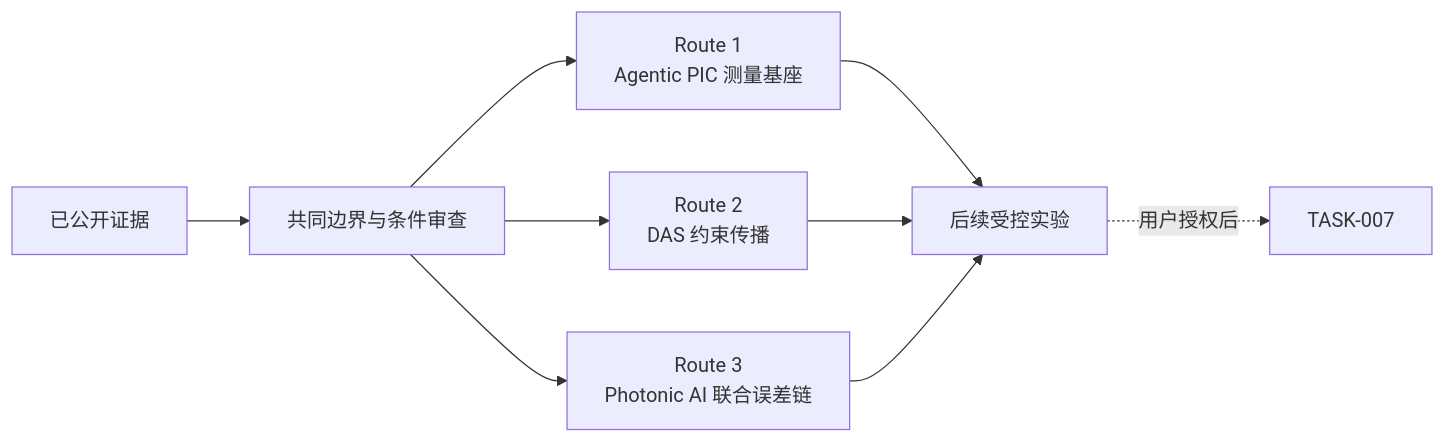
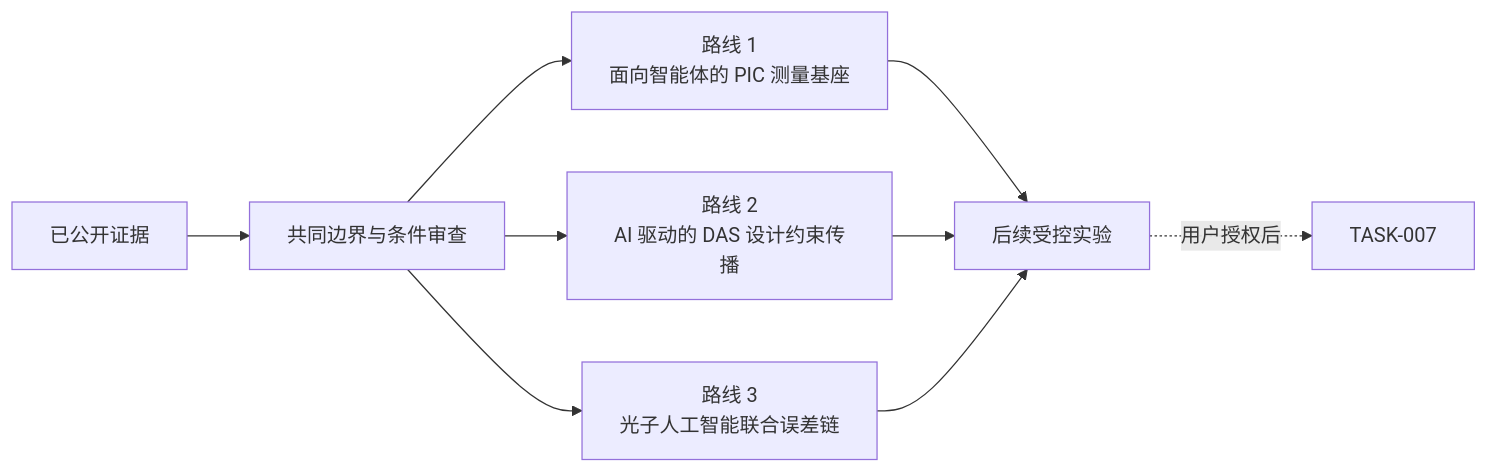
One commit to LlewynDavis/PIC_Harness_Research changed the diagram in portal/docs/index.md. Above: the diagram before and after it, drawn with Mermaid. The commit also changed other lines of this file and 22 other files, not shown here.

Commit message:
research: connect DAS design with agentic PIC

````diff
--- a/portal/docs/index.md
+++ b/portal/docs/index.md
@@ -37,11 +40,11 @@
 ```mermaid
 flowchart LR
   E[已公开证据] --> C[共同边界与条件审查]
-  C --> R1[Route 1<br/>Agentic PIC 测量基座]
-  C --> R2[Route 2<br/>DAS 约束传播]
-  C --> R3[Route 3<br/>Photonic AI 联合误差链]
+  C --> R1[路线 1<br/>面向智能体的 PIC 测量基座]
+  C --> R2[路线 2<br/>AI 驱动的 DAS 设计约束传播]
+  C --> R3[路线 3<br/>光子人工智能联合误差链]
   R1 --> X[后续受控实验]
   R2 --> X
   R3 --> X
   X -. 用户授权后 .-> T7[TASK-007]
 ```
````
